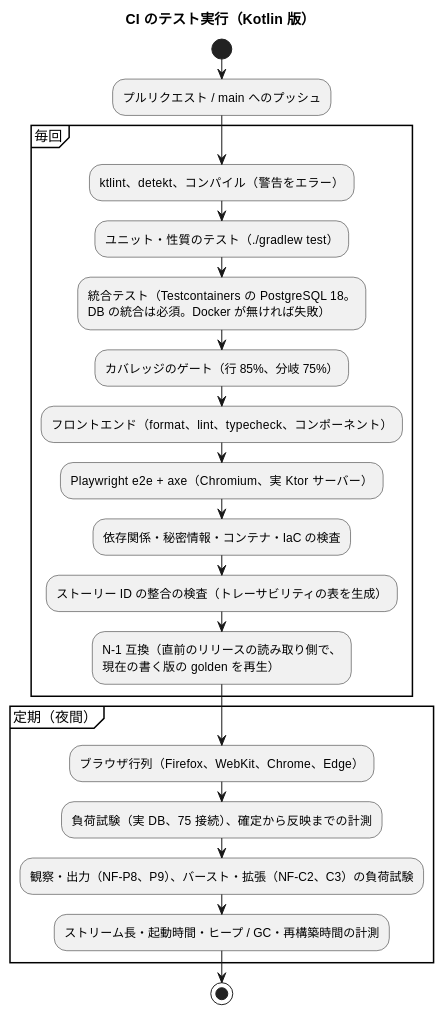
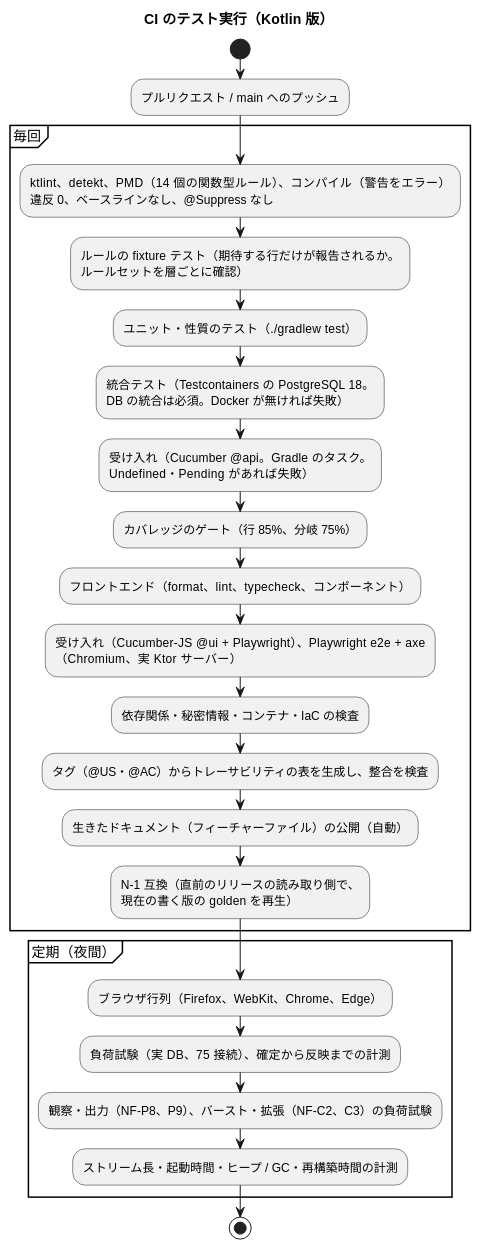
The second of 2 diagrams in docs/design/beer-game-kotlin/test-strategy.md (k2works/case-study-beer-game-simulation), drawn with PlantUML before and after one commit. The commit also changed other lines of this file and 1 other file, not shown here.

````diff
--- a/docs/design/beer-game-kotlin/test-strategy.md
+++ b/docs/design/beer-game-kotlin/test-strategy.md
@@ -487,26 +574,29 @@
 ```plantuml
 @startuml
 title CI のテスト実行（Kotlin 版）
 
 start
 :プルリクエスト / main へのプッシュ;
 partition "毎回" {
-  :ktlint、detekt、コンパイル（警告をエラー）;
+  :ktlint、detekt、PMD（14 個の関数型ルール）、コンパイル（警告をエラー）\n違反 0、ベースラインなし、@Suppress なし;
+  :ルールの fixture テスト（期待する行だけが報告されるか。\nルールセットを層ごとに確認）;
   :ユニット・性質のテスト（./gradlew test）;
   :統合テスト（Testcontainers の PostgreSQL 18。\nDB の統合は必須。Docker が無ければ失敗）;
+  :受け入れ（Cucumber @api。Gradle のタスク。\nUndefined・Pending があれば失敗）;
   :カバレッジのゲート（行 85%、分岐 75%）;
   :フロントエンド（format、lint、typecheck、コンポーネント）;
-  :Playwright e2e + axe（Chromium、実 Ktor サーバー）;
+  :受け入れ（Cucumber-JS @ui + Playwright）、Playwright e2e + axe\n（Chromium、実 Ktor サーバー）;
   :依存関係・秘密情報・コンテナ・IaC の検査;
-  :ストーリー ID の整合の検査（トレーサビリティの表を生成）;
+  :タグ（@US・@AC）からトレーサビリティの表を生成し、整合を検査;
+  :生きたドキュメント（フィーチャーファイル）の公開（自動）;
   :N-1 互換（直前のリリースの読み取り側で、\n現在の書く版の golden を再生）;
 }
 partition "定期（夜間）" {
   :ブラウザ行列（Firefox、WebKit、Chrome、Edge）;
   :負荷試験（実 DB、75 接続）、確定から反映までの計測;
   :観察・出力（NF-P8、P9）、バースト・拡張（NF-C2、C3）の負荷試験;
   :ストリーム長・起動時間・ヒープ / GC・再構築時間の計測;
 }
 stop
 @enduml
 ```
````
